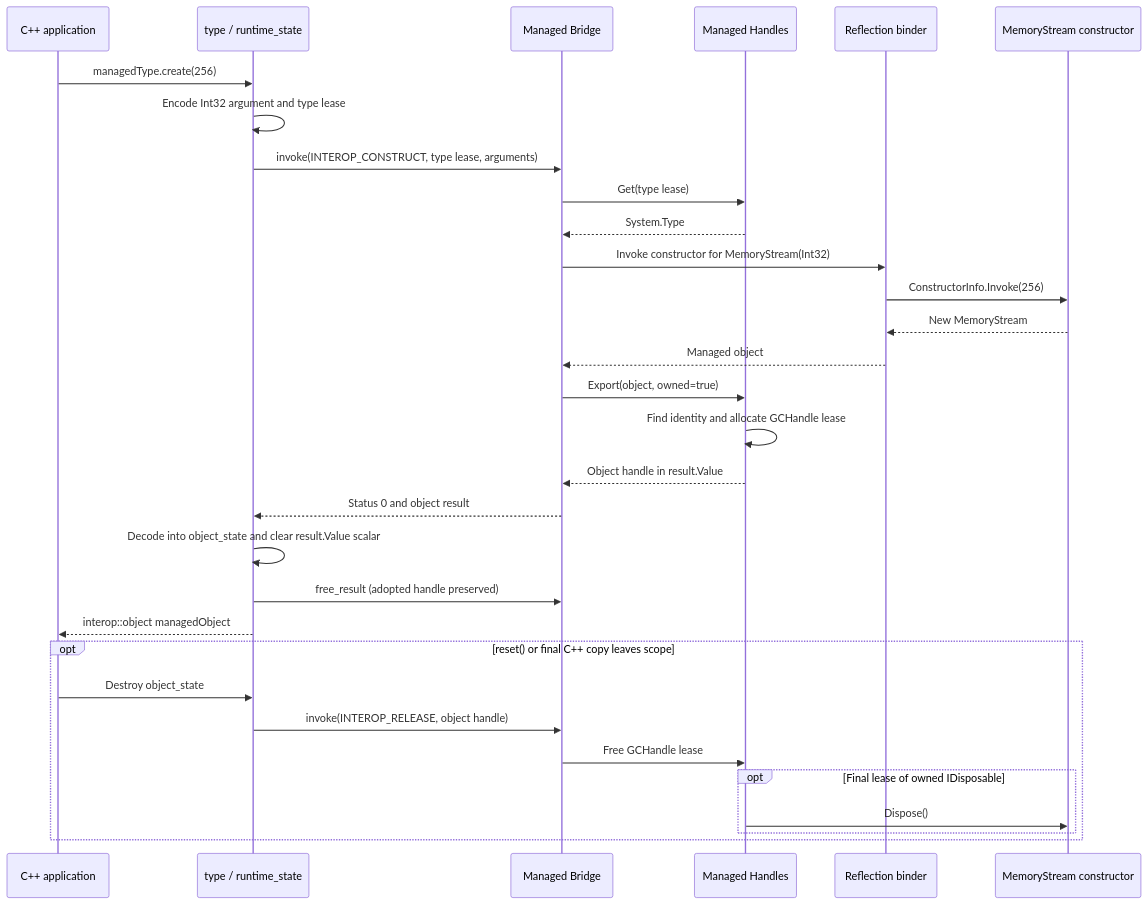
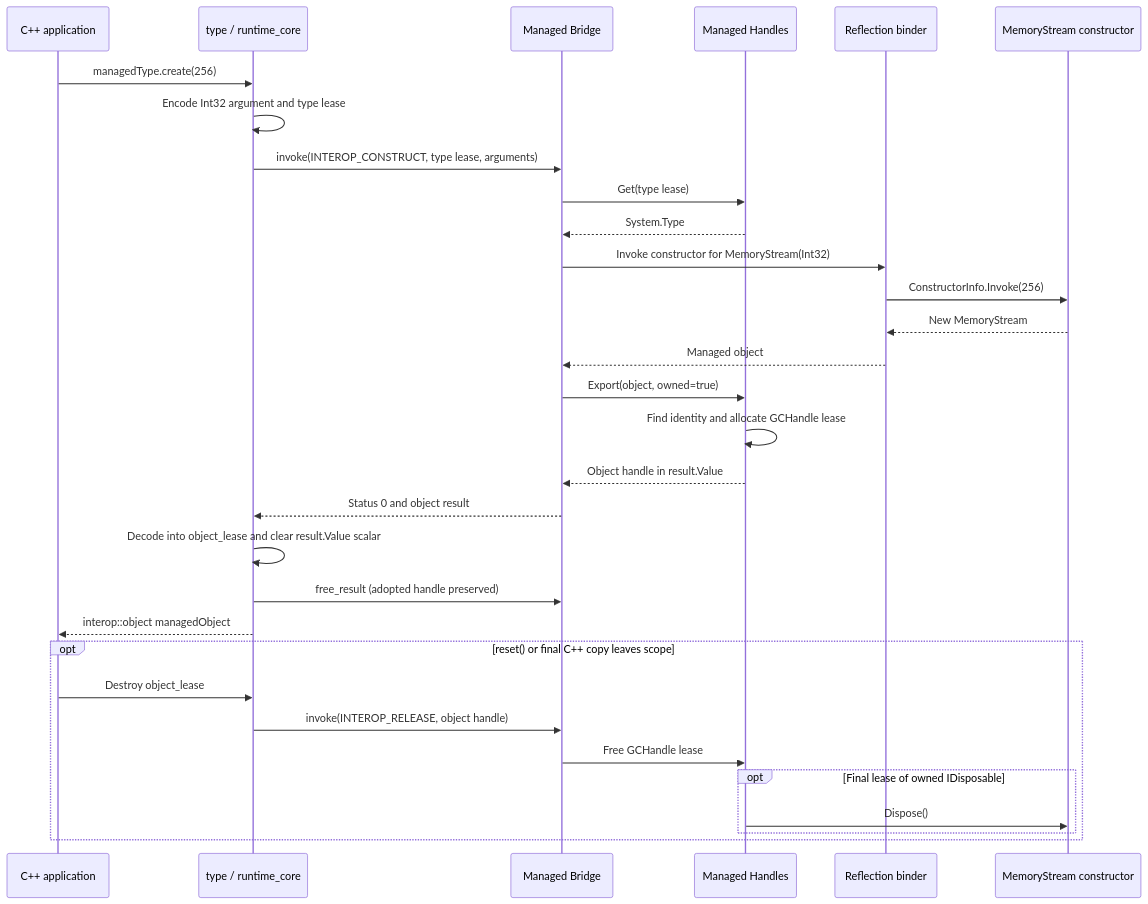
Before and after one commit to thms0x/hostfxr-interop: the second of 4 diagrams in unmanaged_to_managed/README.md, drawn with Mermaid. The commit also changed other lines of this file and 11 other files, not shown here.

````diff
--- a/unmanaged_to_managed/README.md
+++ b/unmanaged_to_managed/README.md
@@ -163,33 +163,33 @@
 ```mermaid
 sequenceDiagram
     participant App as C++ application
-    participant Native as type / runtime_state
+    participant Native as type / runtime_core
     participant Bridge as Managed Bridge
     participant Handles as Managed Handles
     participant Binding as Reflection binder
     participant CLR as MemoryStream constructor
     App->>Native: managedType.create(256)
     Native->>Native: Encode Int32 argument and type lease
     Native->>Bridge: invoke(INTEROP_CONSTRUCT, type lease, arguments)
     Bridge->>Handles: Get(type lease)
     Handles-->>Bridge: System.Type
     Bridge->>Binding: Invoke constructor for MemoryStream(Int32)
     Binding->>CLR: ConstructorInfo.Invoke(256)
     CLR-->>Binding: New MemoryStream
     Binding-->>Bridge: Managed object
     Bridge->>Handles: Export(object, owned=true)
     Handles->>Handles: Find identity and allocate GCHandle lease
     Handles-->>Bridge: Object handle in result.Value
     Bridge-->>Native: Status 0 and object result
-    Native->>Native: Decode into object_state and clear result.Value scalar
+    Native->>Native: Decode into object_lease and clear result.Value scalar
     Native->>Bridge: free_result (adopted handle preserved)
     Native-->>App: interop::object managedObject
     opt reset() or final C++ copy leaves scope
-        App->>Native: Destroy object_state
+        App->>Native: Destroy object_lease
         Native->>Bridge: invoke(INTEROP_RELEASE, object handle)
         Bridge->>Handles: Free GCHandle lease
         opt Final lease of owned IDisposable
             Handles->>CLR: Dispose()
         end
     end
 ```
````
